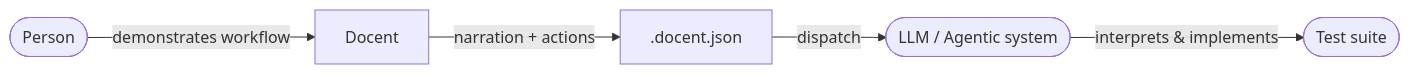
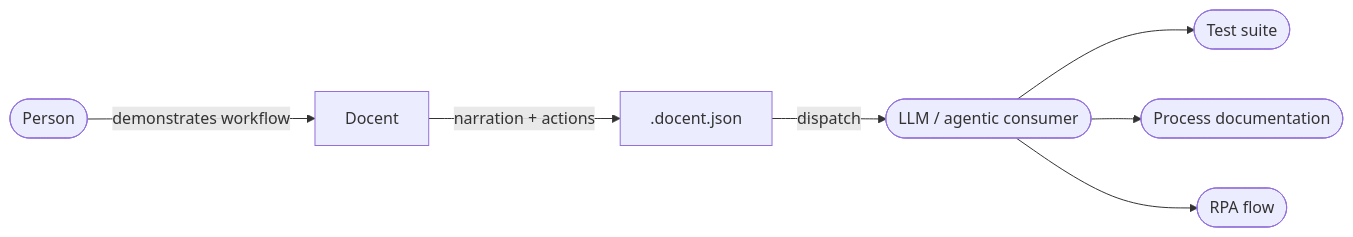
Before and after one commit to Arsarneq/docent: the first of 2 diagrams in README.md, drawn with Mermaid. The commit also changed other lines of this file and 25 other files, not shown here.

````diff
--- a/README.md
+++ b/README.md
@@ -56,7 +61,9 @@
 ```mermaid
 flowchart LR
     A([Person]) -->|demonstrates workflow| B[Docent]
     B -->|narration + actions| C[.docent.json]
-    C -->|dispatch| D([LLM / Agentic system])
-    D -->|interprets & implements| E([Test suite])
+    C -->|dispatch| D([LLM / agentic consumer])
+    D --> E1([Test suite])
+    D --> E2([Process documentation])
+    D --> E3([RPA flow])
 ```
````
